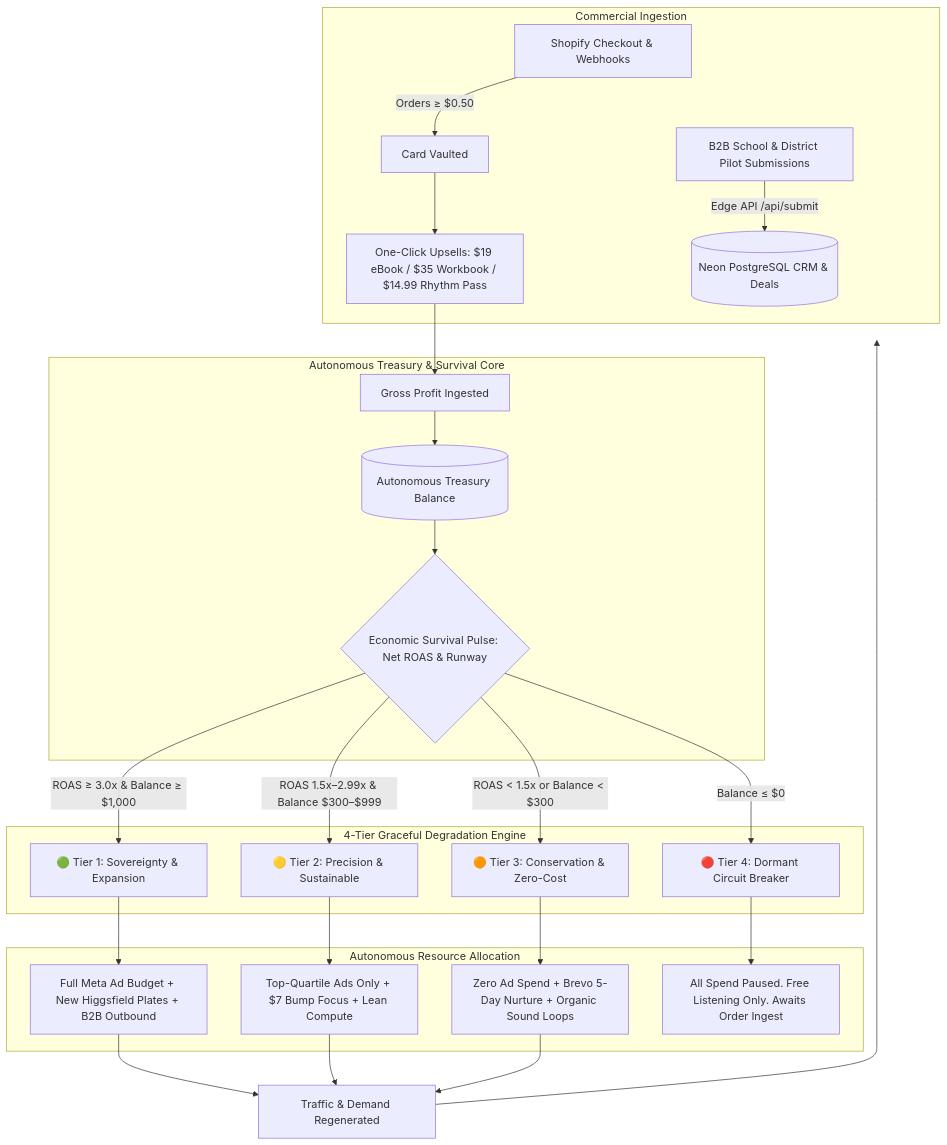
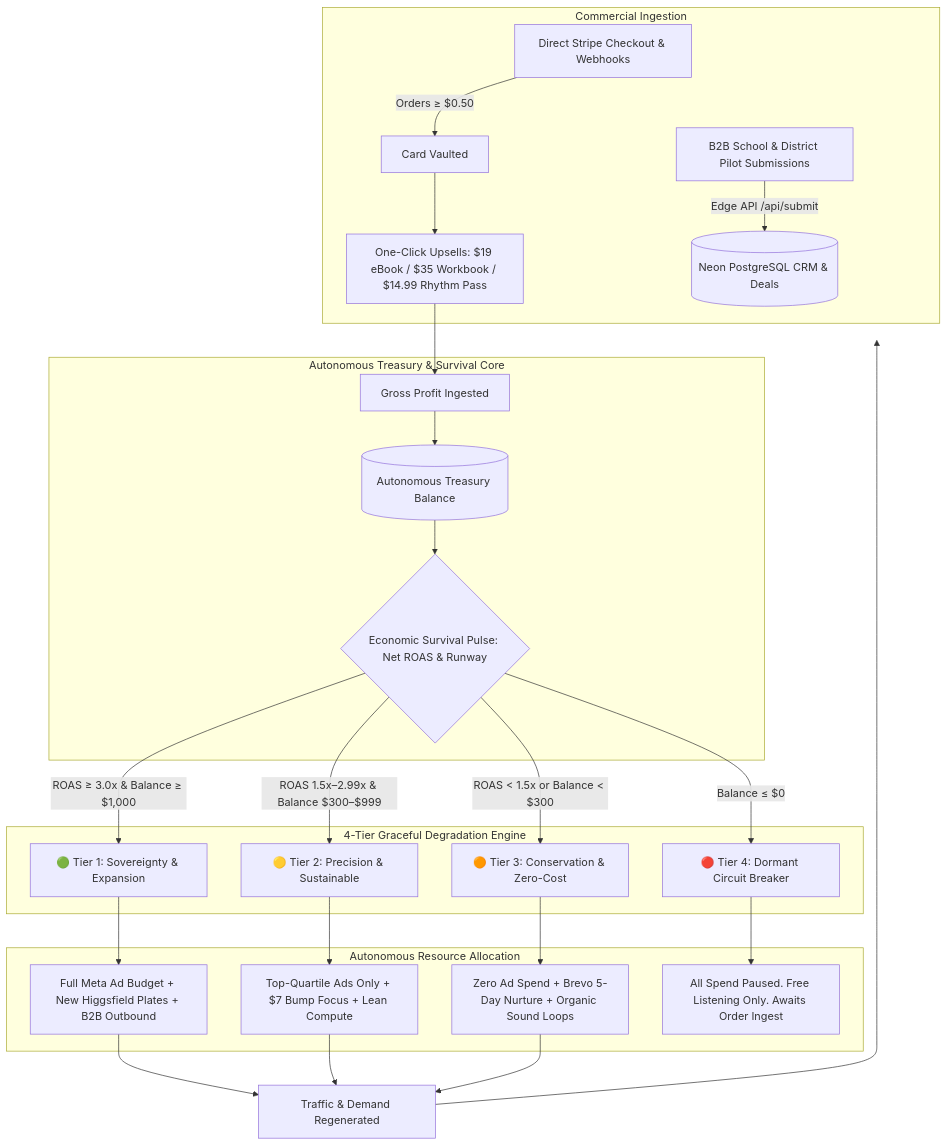
One commit to ChefLee5/The-Sound-of-Essentials-Website changed the diagram in docs/demand_fusion_loop.md. Above: the diagram before and after it, drawn with Mermaid. The commit also changed other lines of this file and 46 other files, not shown here.

````diff
--- a/docs/demand_fusion_loop.md
+++ b/docs/demand_fusion_loop.md
@@ -29,33 +29,33 @@
 ```mermaid
 flowchart TD
     subgraph RevenueEngine [Commercial Ingestion]
-        Shopify[Shopify Checkout & Webhooks] -->|Orders ≥ $0.50| Vault[Card Vaulted]
+        Stripe[Direct Stripe Checkout & Webhooks] -->|Orders ≥ $0.50| Vault[Card Vaulted]
         Vault --> Upsell[One-Click Upsells: $19 eBook / $35 Workbook / $14.99 Rhythm Pass]
         Inquiry[B2B School & District Pilot Submissions] -->|Edge API /api/submit| NeonCRM[(Neon PostgreSQL CRM & Deals)]
     end
 
     subgraph TreasuryLedger [Autonomous Treasury & Survival Core]
         Upsell --> Deposit[Gross Profit Ingested]
         Deposit --> Treasury[(Autonomous Treasury Balance)]
         Treasury --> HealthCheck{Economic Survival Pulse: Net ROAS & Runway}
     end
 
     subgraph TierController [4-Tier Graceful Degradation Engine]
         HealthCheck -->|ROAS ≥ 3.0x & Balance ≥ $1,000| Tier1[🟢 Tier 1: Sovereignty & Expansion]
         HealthCheck -->|ROAS 1.5x–2.99x & Balance $300–$999| Tier2[🟡 Tier 2: Precision & Sustainable]
         HealthCheck -->|ROAS < 1.5x or Balance < $300| Tier3[🟠 Tier 3: Conservation & Zero-Cost]
         HealthCheck -->|Balance ≤ $0| Tier4[🔴 Tier 4: Dormant Circuit Breaker]
     end
 
     subgraph Operations [Autonomous Resource Allocation]
         Tier1 --> ScalePaid[Full Meta Ad Budget + New Higgsfield Plates + B2B Outbound]
         Tier2 --> LeanPaid[Top-Quartile Ads Only + $7 Bump Focus + Lean Compute]
         Tier3 --> ZeroPaid[Zero Ad Spend + Brevo 5-Day Nurture + Organic Sound Loops]
         Tier4 --> Hibernate[All Spend Paused. Free Listening Only. Awaits Order Ingest]
     end
 
     ScalePaid --> LoopBack[Traffic & Demand Regenerated]
     LeanPaid --> LoopBack
     ZeroPaid --> LoopBack
     LoopBack --> RevenueEngine
 ```
````
